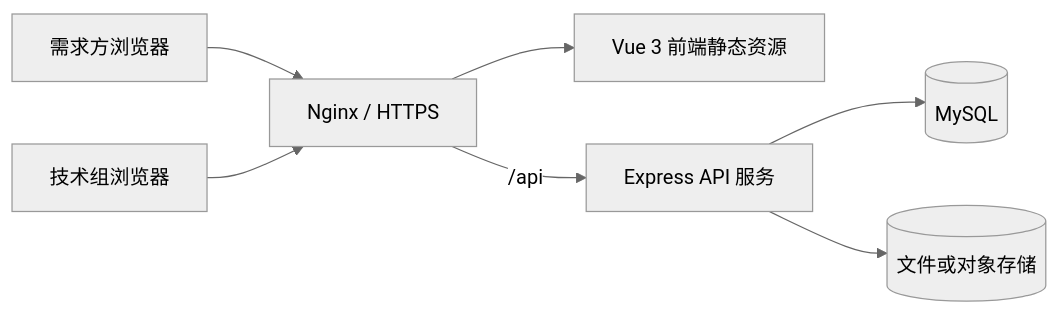
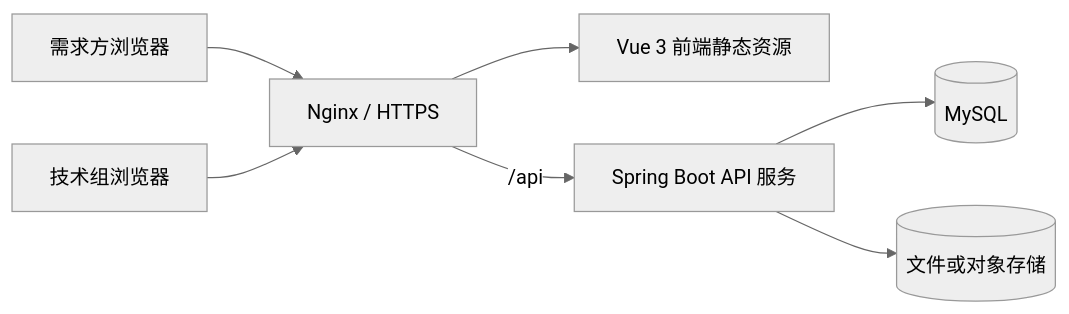
Before and after one commit to 7wid/Progress-passage-work: the fifth of 6 diagrams in docs/需求文档.md, drawn with Mermaid (neutral theme). The commit also changed other lines of this file and 22 other files, not shown here.

````diff
--- a/docs/需求文档.md
+++ b/docs/需求文档.md
@@ -476,17 +479,17 @@
 ```mermaid
 flowchart LR
     U1[需求方浏览器]
     U2[技术组浏览器]
     N[Nginx / HTTPS]
     F[Vue 3 前端静态资源]
-    B[Express API 服务]
+    B[Spring Boot API 服务]
     DB[(MySQL)]
     FS[(文件或对象存储)]
 
     U1 --> N
     U2 --> N
     N --> F
     N -->|/api| B
     B --> DB
     B --> FS
 ```
````
